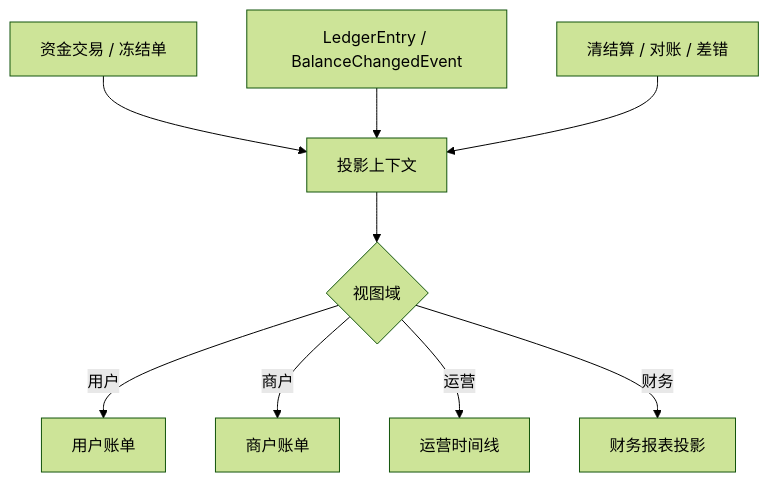
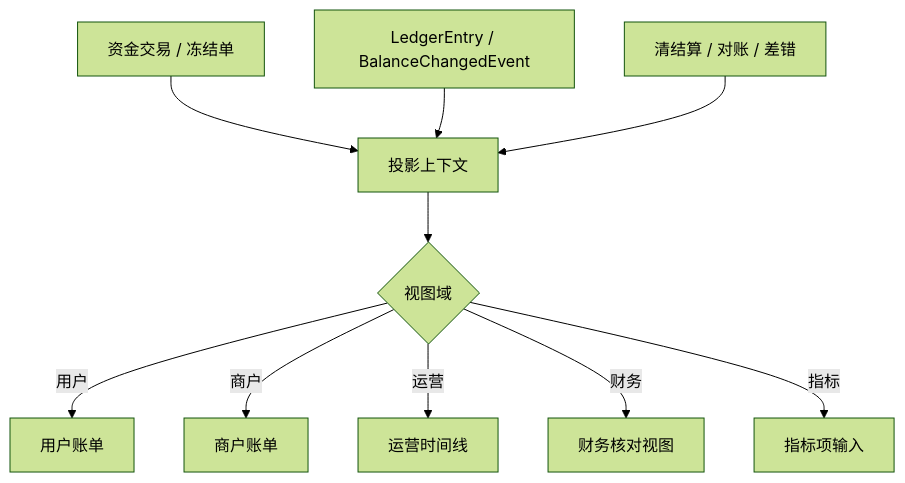
Before and after one commit to fengwuxp/wind-funds: diagram 15 of 16 in docs/系分设计/02-交易路由钱包账目与投影系分设计.md, drawn with Mermaid (forest theme). The commit also changed other lines of this file and 15 other files, not shown here.

````diff
--- a/docs/系分设计/02-交易路由钱包账目与投影系分设计.md
+++ b/docs/系分设计/02-交易路由钱包账目与投影系分设计.md
@@ -700,11 +704,12 @@
 ```mermaid
 flowchart TD
     A["资金交易 / 冻结单"] --> C["投影上下文"]
     B["LedgerEntry / BalanceChangedEvent"] --> C
     D["清结算 / 对账 / 差错"] --> C
     C --> E{"视图域"}
     E -->|用户| F["用户账单"]
     E -->|商户| G["商户账单"]
     E -->|运营| H["运营时间线"]
-    E -->|财务| I["财务报表投影"]
+    E -->|财务| I["财务核对视图"]
+    E -->|指标| J["指标项输入"]
 ```
````
